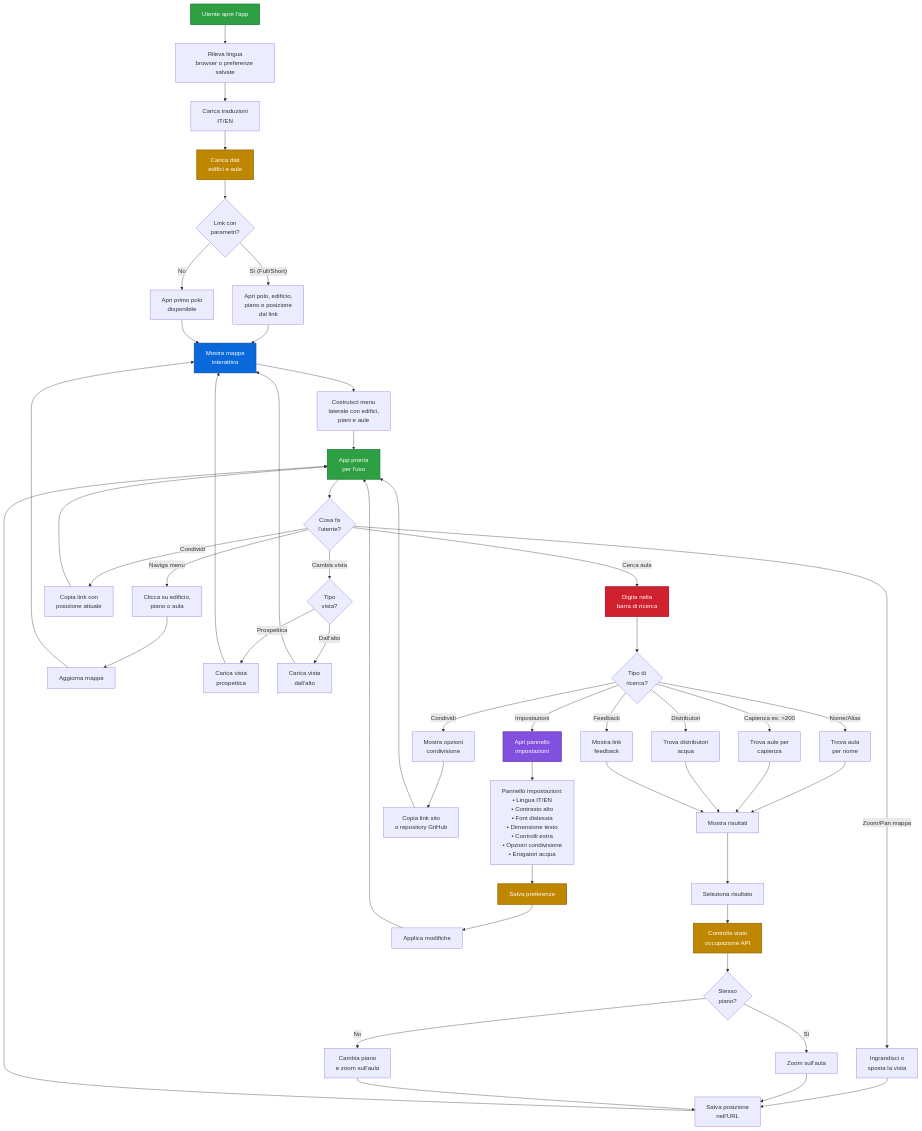
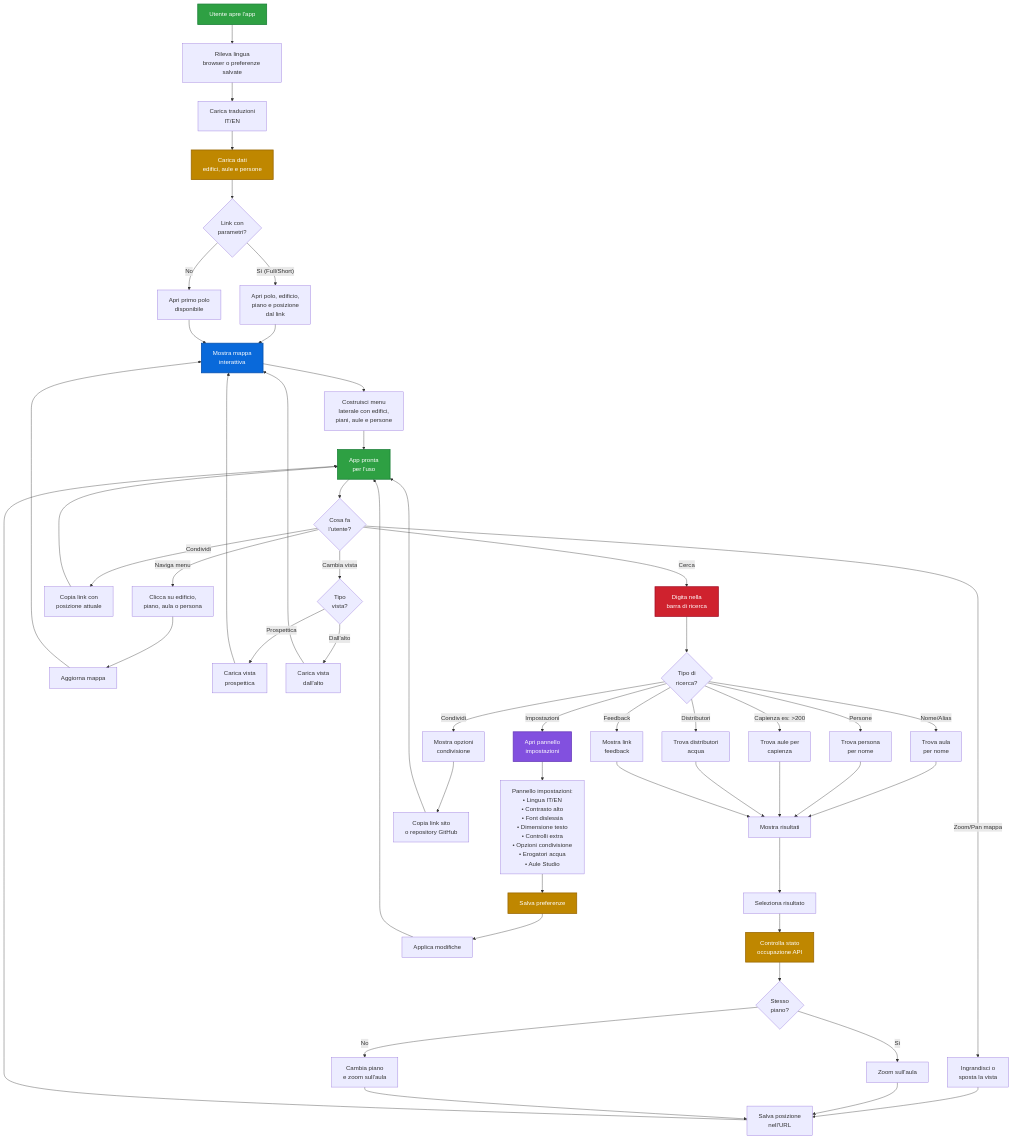
Before and after one commit to plumkewe/dove-unipi: the second of 2 diagrams in README.md, drawn with Mermaid. The commit also changed other lines of this file and 10 other files, not shown here.

```diff
--- a/README.md
+++ b/README.md
@@ -241,7 +252,7 @@
 graph TB
     Start[Utente apre l'app] --> DetectLang[Rileva lingua<br/>browser o preferenze salvate]
     DetectLang --> LoadTranslations[Carica traduzioni<br/>IT/EN]
-    LoadTranslations --> LoadData[Carica dati<br/>edifici e aule]
+    LoadTranslations --> LoadData[Carica dati<br/>edifici, aule e persone]
     
     LoadData --> CheckURL{Link con<br/>parametri?}
     CheckURL -->|"Sì (Full/Short)"| UseURL[Apri polo, edificio,<br/>piano e posizione<br/>dal link]
@@ -250,15 +261,16 @@
     UseURL --> ShowMap[Mostra mappa<br/>interattiva]
     UseDefault --> ShowMap
     
-    ShowMap --> BuildSidebar[Costruisci menu<br/>laterale con edifici,<br/>piani e aule]
+    ShowMap --> BuildSidebar[Costruisci menu<br/>laterale con edifici,<br/>piani, aule e persone]
     BuildSidebar --> Ready[App pronta<br/>per l'uso]
     
     Ready --> UserAction{Cosa fa<br/>l'utente?}
     
     %% Ricerca aula
-    UserAction -->|Cerca aula| SearchBar[Digita nella<br/>barra di ricerca]
+    UserAction -->|Cerca| SearchBar[Digita nella<br/>barra di ricerca]
     SearchBar --> SearchType{Tipo di<br/>ricerca?}
     SearchType -->|Nome/Alias| FindByName[Trova aula<br/>per nome]
+    SearchType -->|Persone| FindPerson[Trova persona<br/>per nome]
     SearchType -->|Capienza es: >200| FindByCapacity[Trova aule per<br/>capienza]
     SearchType -->|Impostazioni| OpenSettings[Apri pannello<br/>impostazioni]
     SearchType -->|Condividi| OpenShare[Mostra opzioni<br/>condivisione]
@@ -266,6 +278,7 @@
     SearchType -->|Distributori| FindWater[Trova distributori<br/>acqua]
     
     FindByName --> ShowResults[Mostra risultati]
+    FindPerson --> ShowResults
     FindByCapacity --> ShowResults
     FindWater --> ShowResults
     OpenFeedback --> ShowResults
@@ -278,7 +291,7 @@
     CheckFloor -->|No| ChangeFloor[Cambia piano<br/>e zoom sull'aula]
     
     %% Navigazione manuale
-    UserAction -->|Naviga menu| ClickSidebar[Clicca su edificio,<br/>piano o aula]
+    UserAction -->|Naviga menu| ClickSidebar[Clicca su edificio,<br/>piano, aula o persona]
     ClickSidebar --> UpdateMap[Aggiorna mappa]
     UpdateMap --> ShowMap
     
@@ -298,7 +311,7 @@
     LoadTop --> ShowMap
     
     %% Impostazioni
-    OpenSettings --> SettingsPanel[Pannello impostazioni:<br/>• Lingua IT/EN<br/>• Contrasto alto<br/>• Font dislessia<br/>• Dimensione testo<br/>• Controlli extra<br/>• Opzioni condivisione<br/>• Erogatori acqua]
+    OpenSettings --> SettingsPanel[Pannello impostazioni:<br/>• Lingua IT/EN<br/>• Contrasto alto<br/>• Font dislessia<br/>• Dimensione testo<br/>• Controlli extra<br/>• Opzioni condivisione<br/>• Erogatori acqua<br/>• Aule Studio]
     SettingsPanel --> SaveSettings[Salva preferenze]
     SaveSettings --> ApplySettings[Applica modifiche]
     ApplySettings --> Ready
```
